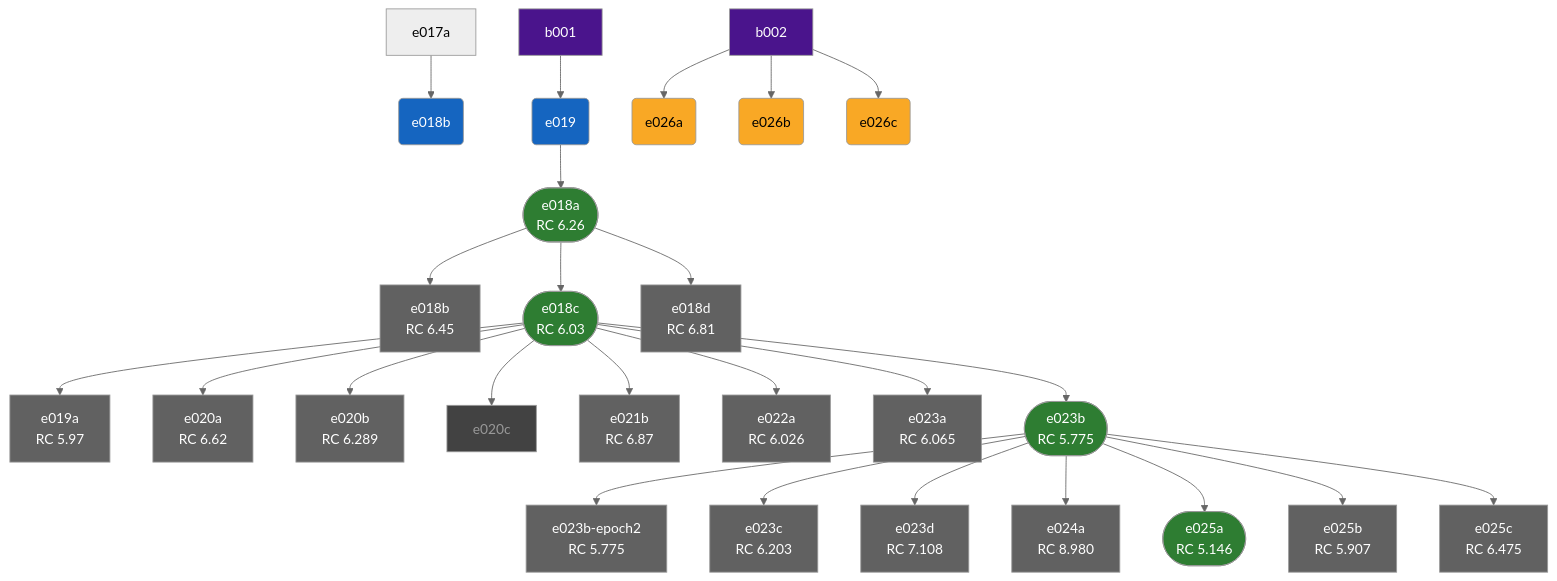
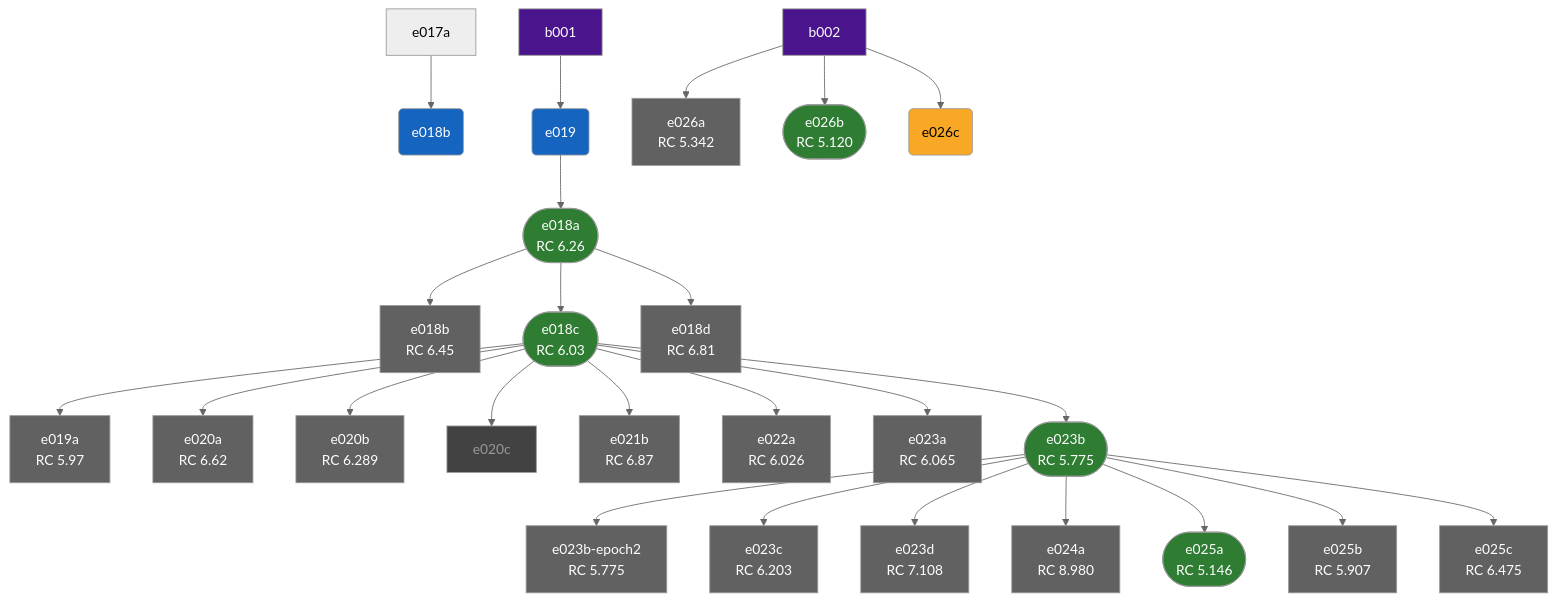
The diagram in docs/experiments/index.md (ScavieFae/autonomous-world-model), drawn with Mermaid (neutral theme) before and after one commit. The commit also changed other lines of this file and 9 other files, not shown here.

````diff
--- a/docs/experiments/index.md
+++ b/docs/experiments/index.md
@@ -11,79 +11,79 @@
 ```mermaid
 flowchart TD
     b001["b001"]
     b002["b002"]
     e018a_self_forcing(["e018a\nRC 6.26"])
     e018b_rollout_coherence_eval("e018b")
     e018b_self_forcing_n5["e018b\nRC 6.45"]
     e018c_rolling_context_window(["e018c\nRC 6.03"])
     e018d_horizon_weighted_loss["e018d\nRC 6.81"]
     e019_baseline("e019")
     e019a_context_k50["e019a\nRC 5.97"]
     e020a_sf_ratio_10["e020a\nRC 6.62"]
     e020b_sf_ratio_30["e020b\nRC 6.289"]
     e020c_sf_n4["e020c"]
     e021b_selective_bptt["e021b\nRC 6.87"]
     e022a_bs256["e022a\nRC 6.026"]
     e023a_dmodel192["e023a\nRC 6.065"]
     e023b_dmodel768(["e023b\nRC 5.775"])
     e023b_epoch2["e023b-epoch2\nRC 5.775"]
     e023c_dmodel512["e023c\nRC 6.203"]
     e023d_nlayers8["e023d\nRC 7.108"]
     e024a_full_bptt["e024a\nRC 8.980"]
     e025a_lr_warmup(["e025a\nRC 5.146"])
     e025b_loss_reweight["e025b\nRC 5.907"]
     e025c_layer_dropout["e025c\nRC 6.475"]
-    e026a_muon("e026a")
-    e026b_unimix("e026b")
+    e026a_muon["e026a\nRC 5.342"]
+    e026b_unimix(["e026b\nRC 5.120"])
     e026c_sf_curriculum("e026c")
     e019_baseline --> e018a_self_forcing
     e017a --> e018b_rollout_coherence_eval
     e018a_self_forcing --> e018b_self_forcing_n5
     e018a_self_forcing --> e018c_rolling_context_window
     e018a_self_forcing --> e018d_horizon_weighted_loss
     b001 --> e019_baseline
     e018c_rolling_context_window --> e019a_context_k50
     e018c_rolling_context_window --> e020a_sf_ratio_10
     e018c_rolling_context_window --> e020b_sf_ratio_30
     e018c_rolling_context_window --> e020c_sf_n4
     e018c_rolling_context_window --> e021b_selective_bptt
     e018c_rolling_context_window --> e022a_bs256
     e018c_rolling_context_window --> e023a_dmodel192
     e018c_rolling_context_window --> e023b_dmodel768
     e023b_dmodel768 --> e023b_epoch2
     e023b_dmodel768 --> e023c_dmodel512
     e023b_dmodel768 --> e023d_nlayers8
     e023b_dmodel768 --> e024a_full_bptt
     e023b_dmodel768 --> e025a_lr_warmup
     e023b_dmodel768 --> e025b_loss_reweight
     e023b_dmodel768 --> e025c_layer_dropout
     b002 --> e026a_muon
     b002 --> e026b_unimix
     b002 --> e026c_sf_curriculum
     style e018a_self_forcing fill:#2e7d32,color:#fff
     style e018b_rollout_coherence_eval fill:#1565c0,color:#fff
     style e018b_self_forcing_n5 fill:#616161,color:#fff
     style e018c_rolling_context_window fill:#2e7d32,color:#fff
     style e018d_horizon_weighted_loss fill:#616161,color:#fff
     style e019_baseline fill:#1565c0,color:#fff
     style e019a_context_k50 fill:#616161,color:#fff
     style e020a_sf_ratio_10 fill:#616161,color:#fff
     style e020b_sf_ratio_30 fill:#616161,color:#fff
     style e020c_sf_n4 fill:#424242,color:#999
     style e021b_selective_bptt fill:#616161,color:#fff
     style e022a_bs256 fill:#616161,color:#fff
     style e023a_dmodel192 fill:#616161,color:#fff
     style e023b_dmodel768 fill:#2e7d32,color:#fff
     style e023b_epoch2 fill:#616161,color:#fff
     style e023c_dmodel512 fill:#616161,color:#fff
     style e023d_nlayers8 fill:#616161,color:#fff
     style e024a_full_bptt fill:#616161,color:#fff
     style e025a_lr_warmup fill:#2e7d32,color:#fff
     style e025b_loss_reweight fill:#616161,color:#fff
     style e025c_layer_dropout fill:#616161,color:#fff
-    style e026a_muon fill:#f9a825,color:#000
-    style e026b_unimix fill:#f9a825,color:#000
+    style e026a_muon fill:#616161,color:#fff
+    style e026b_unimix fill:#2e7d32,color:#fff
     style e026c_sf_curriculum fill:#f9a825,color:#000
     style b001 fill:#4a148c,color:#fff
     style b002 fill:#4a148c,color:#fff
 ```
````
